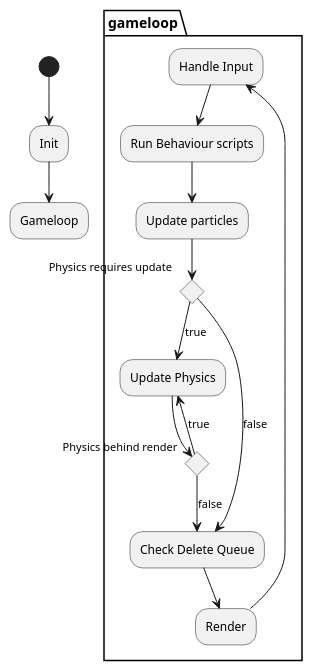
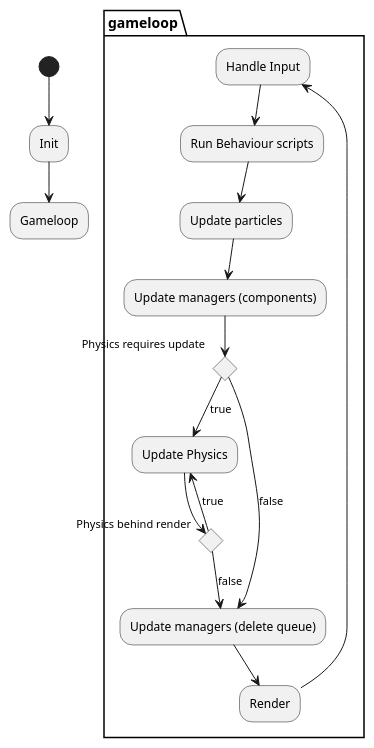
The diagram in docs/Diagrams/activity.puml (Seger01/GameEngine), drawn with PlantUML before and after one commit.

Commit message:
Updated main game loop, to fit manager update architecture

```diff
--- a/docs/Diagrams/activity.puml
+++ b/docs/Diagrams/activity.puml
@@ -1,22 +1,23 @@
 @startuml
 (*) --> "Init"
 "Init" --> "Gameloop"
 
 partition "gameloop" {
     "Handle Input" --> "Run Behaviour scripts"
     "Run Behaviour scripts" --> "Update particles"
+    "Update particles" --> "Update managers (components)"
     if "Physics requires update"
     --> [true] "Update Physics"
             if "Physics behind render" then
         --> [true] "Update Physics"
         else
-        --> [false] "Check Delete Queue"
+        --> [false] "Update managers (delete queue)"
         endif
     else
-    --> [false] "Check Delete Queue"
+    --> [false] "Update managers (delete queue)"
     endif
-    "Check Delete Queue" --> "Render" 
+    "Update managers (delete queue)" --> "Render" 
     "Render" --> "Handle Input"
 
 }
 @enduml
```
